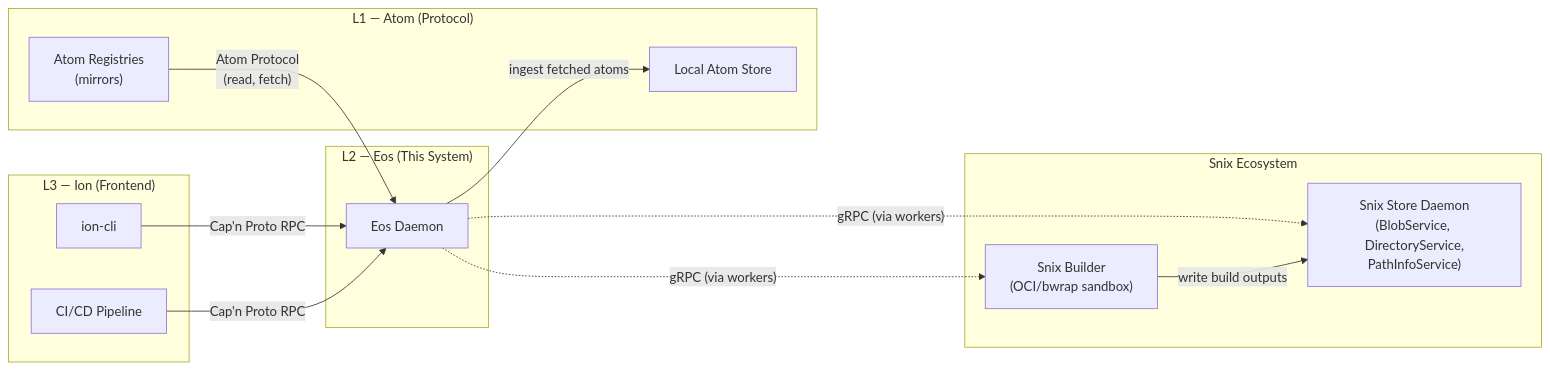
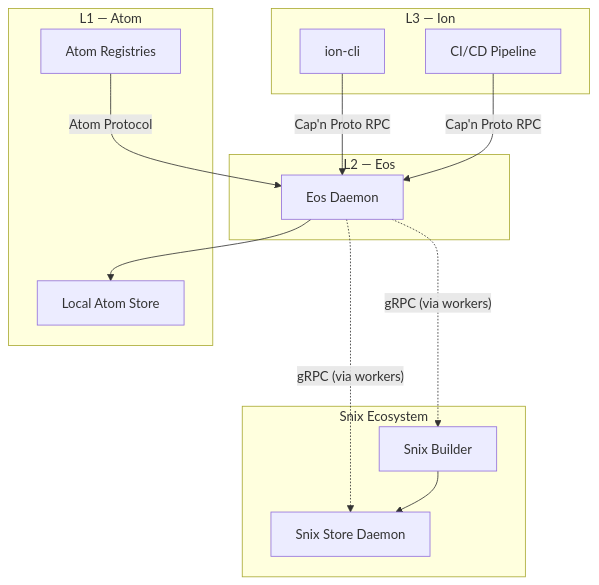
The first of 10 diagrams in docs/architecture/eos-sad.md (axiosoph/axios), drawn with Mermaid before and after one commit. The commit also changed other lines of this file and 3 other files, not shown here.

First line of the commit message:
feat(www): add interactive mermaid viewer

````diff
--- a/docs/architecture/eos-sad.md
+++ b/docs/architecture/eos-sad.md
@@ -32,29 +32,29 @@
 ```mermaid
-graph LR
-    subgraph "L3 — Ion (Frontend)"
+graph TB
+    subgraph "L3 — Ion"
         CLI["ion-cli"]
         CI["CI/CD Pipeline"]
     end
 
-    subgraph "L2 — Eos (This System)"
+    subgraph "L2 — Eos"
         EOD["Eos Daemon"]
     end
 
-    subgraph "L1 — Atom (Protocol)"
+    subgraph "L1 — Atom"
         AS["Local Atom Store"]
-        AR["Atom Registries<br/>(mirrors)"]
+        AR["Atom Registries"]
     end
 
     subgraph "Snix Ecosystem"
-        SSD["Snix Store Daemon<br/>(BlobService, DirectoryService,<br/>PathInfoService)"]
-        SB["Snix Builder<br/>(OCI/bwrap sandbox)"]
+        SSD["Snix Store Daemon"]
+        SB["Snix Builder"]
     end
 
     CLI -->|"Cap'n Proto RPC"| EOD
     CI -->|"Cap'n Proto RPC"| EOD
-    AR -->|"Atom Protocol<br/>(read, fetch)"| EOD
-    EOD -->|"ingest fetched atoms"| AS
+    AR -->|"Atom Protocol"| EOD
+    EOD --> AS
     EOD -..->|"gRPC (via workers)"| SSD
     EOD -..->|"gRPC (via workers)"| SB
-    SB -->|"write build outputs"| SSD
+    SB --> SSD
 ```
````
